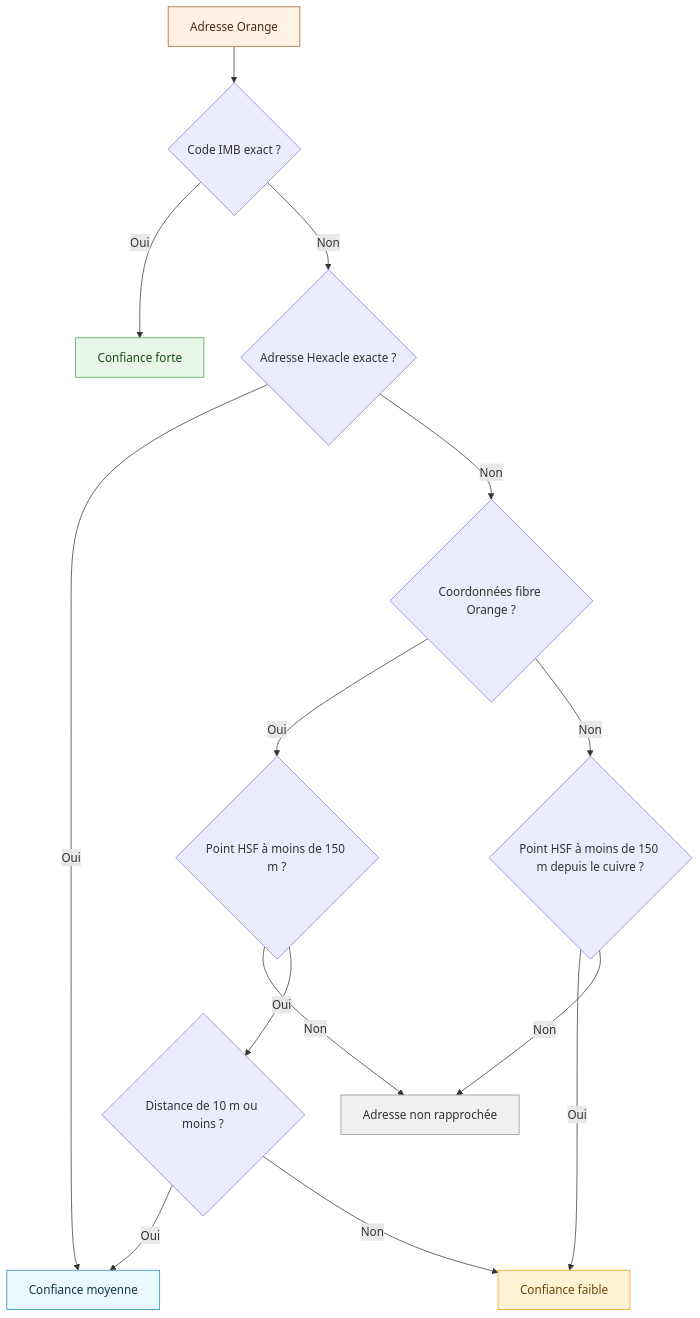
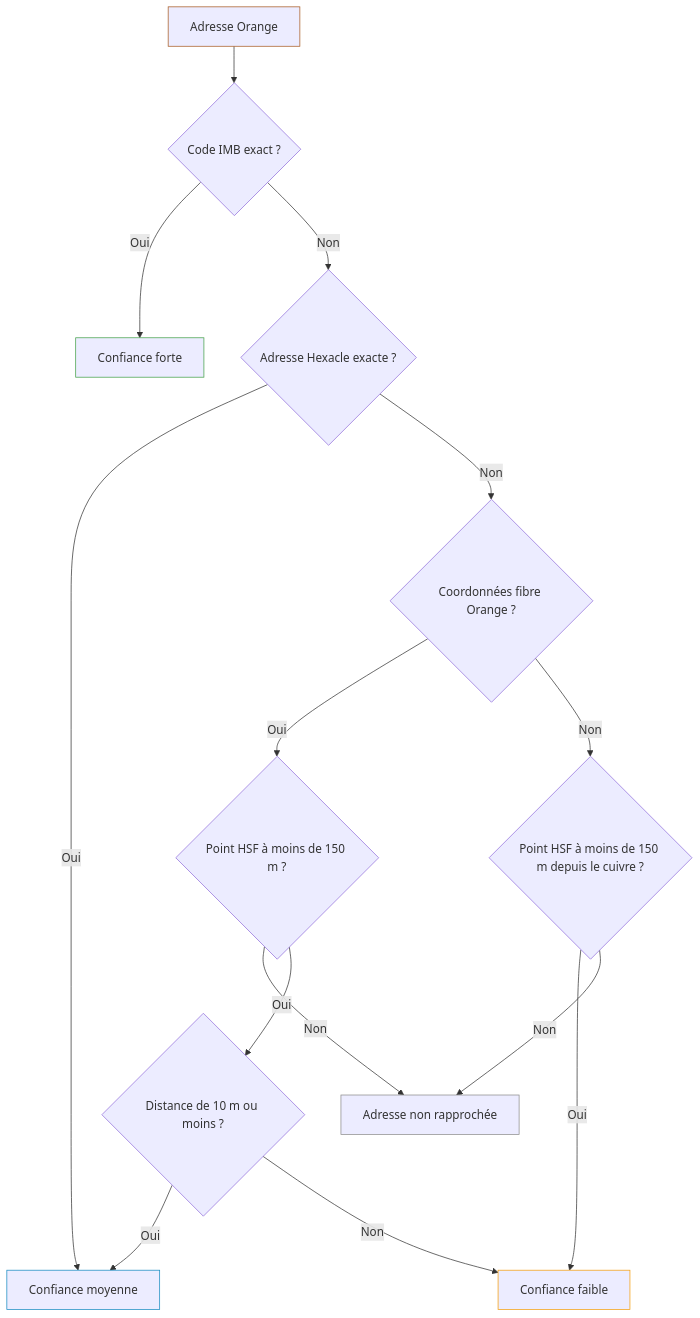
One commit to erw-1/hsn-docs changed the second of 3 diagrams in content/portable.md. Above: the diagram before and after it, drawn with Mermaid. The commit also changed other lines of this file and 2 other files, not shown here.

````diff
--- a/content/portable.md
+++ b/content/portable.md
@@ -159,33 +159,33 @@
 ```mermaid
 flowchart TD
     A["Adresse Orange"] --> B{"Code IMB exact ?"}
 
     B -- Oui --> F["Confiance forte"]
     B -- Non --> C{"Adresse Hexacle exacte ?"}
 
     C -- Oui --> M["Confiance moyenne"]
     C -- Non --> D{"Coordonnées fibre Orange ?"}
 
     D -- Oui --> E{"Point HSF à moins de 150 m ?"}
     E -- Non --> X["Adresse non rapprochée"]
     E -- Oui --> G{"Distance de 10 m ou moins ?"}
 
     G -- Oui --> M
     G -- Non --> W["Confiance faible"]
 
     D -- Non --> H{"Point HSF à moins de 150 m depuis le cuivre ?"}
     H -- Oui --> W
     H -- Non --> X
 
-    classDef sourceOrange fill:#fff2e5,stroke:#a85a20,color:#4a2a14
-    classDef strong fill:#e8f7e8,stroke:#43a047,color:#174d17
-    classDef medium fill:#eaf8ff,stroke:#168bc0,color:#123849
-    classDef weak fill:#fff3d6,stroke:#f59e0b,color:#684500
-    classDef unmatched fill:#f1f1f1,stroke:#8c8c8c,color:#333333
+    classDef sourceOrange stroke:#a85a20
+    classDef strong stroke:#43a047
+    classDef medium stroke:#168bc0
+    classDef weak stroke:#f59e0b
+    classDef unmatched stroke:#8c8c8c
 
     class A sourceOrange
     class F strong
     class M medium
     class W weak
     class X unmatched
 ```
````
